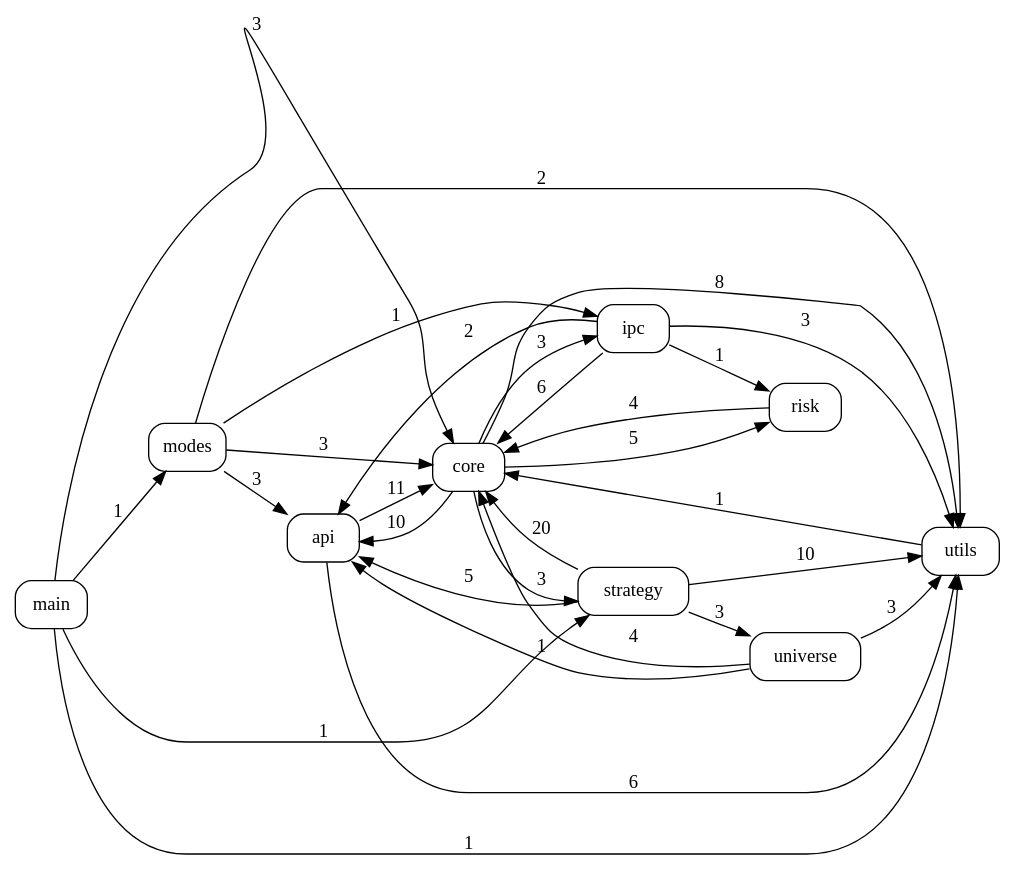
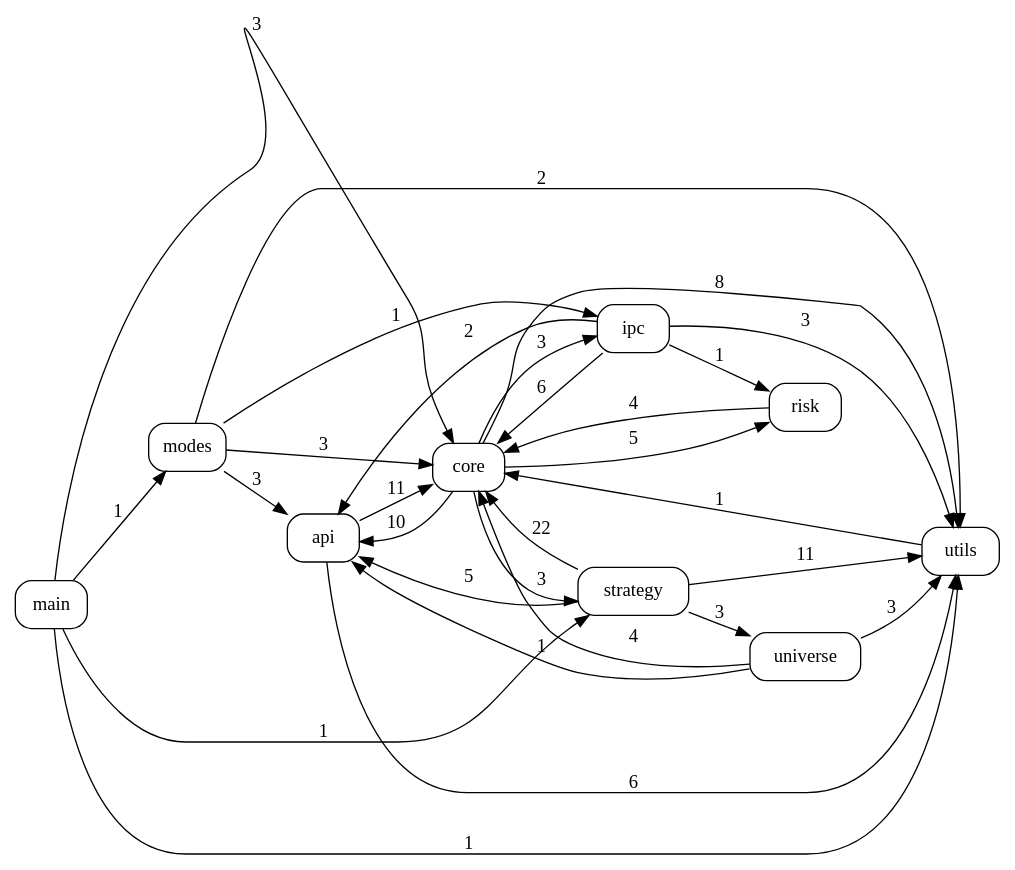
Before and after one commit to pypy8171/Quant: the diagram in docs/code_graph.dot, drawn with Graphviz. The commit also changed 25 other files, not shown here.

```diff
--- a/docs/code_graph.dot
+++ b/docs/code_graph.dot
@@ -1,41 +1,41 @@
 digraph code_graph {
   rankdir=LR;
   node [shape=box, style=rounded, fontname="Consolas"];
   "api";
   "core";
   "ipc";
   "main";
   "modes";
   "risk";
   "strategy";
   "universe";
   "utils";
   "api" -> "core" [label="11"];
   "api" -> "utils" [label="6"];
   "core" -> "api" [label="10"];
   "core" -> "ipc" [label="3"];
   "core" -> "risk" [label="5"];
   "core" -> "strategy" [label="3"];
   "core" -> "utils" [label="8"];
   "ipc" -> "api" [label="2"];
   "ipc" -> "core" [label="6"];
   "ipc" -> "risk" [label="1"];
   "ipc" -> "utils" [label="3"];
   "main" -> "core" [label="3"];
   "main" -> "modes" [label="1"];
   "main" -> "strategy" [label="1"];
   "main" -> "utils" [label="1"];
   "modes" -> "api" [label="3"];
   "modes" -> "core" [label="3"];
   "modes" -> "ipc" [label="1"];
   "modes" -> "utils" [label="2"];
   "risk" -> "core" [label="4"];
   "strategy" -> "api" [label="5"];
-  "strategy" -> "core" [label="20"];
+  "strategy" -> "core" [label="22"];
   "strategy" -> "universe" [label="3"];
-  "strategy" -> "utils" [label="10"];
+  "strategy" -> "utils" [label="11"];
   "universe" -> "api" [label="1"];
   "universe" -> "core" [label="4"];
   "universe" -> "utils" [label="3"];
   "utils" -> "core" [label="1"];
 }
```
